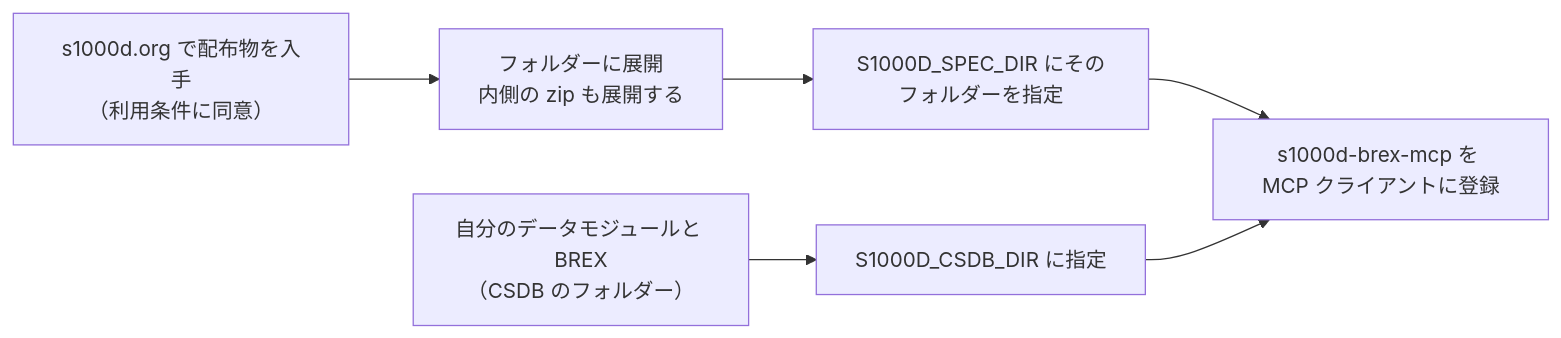
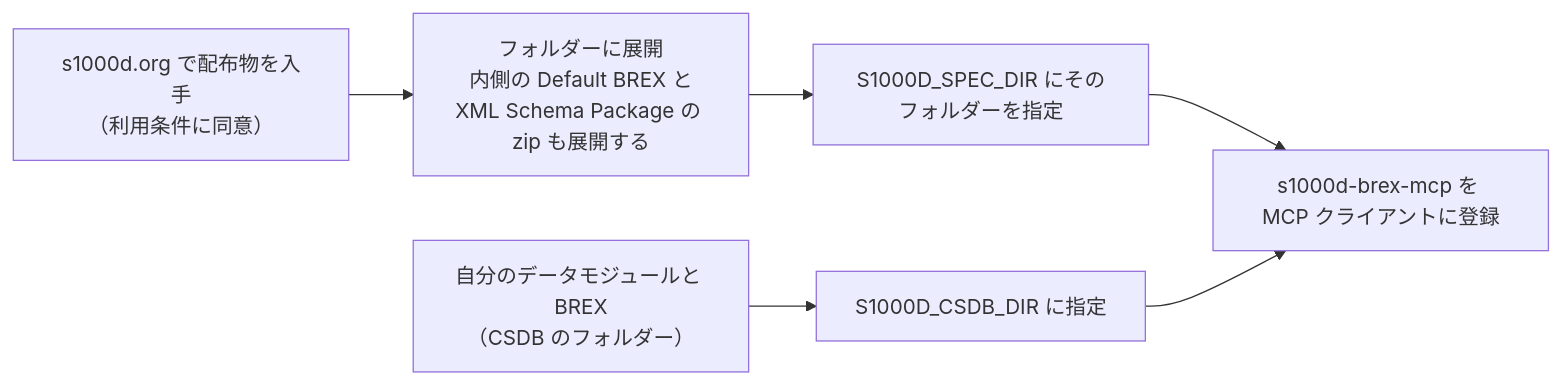
Before and after one commit to shuji-bonji/s1000d-stack: the diagram in site/src/content/docs/ja/guide/getting-started.md, drawn with Mermaid. The commit also changed other lines of this file and 29 other files, not shown here.

````diff
--- a/site/src/content/docs/ja/guide/getting-started.md
+++ b/site/src/content/docs/ja/guide/getting-started.md
@@ -10,8 +10,8 @@
 ```mermaid
 flowchart LR
-  A["s1000d.org で配布物を入手<br/>（利用条件に同意）"] --> B["フォルダーに展開<br/>内側の zip も展開する"]
+  A["s1000d.org で配布物を入手<br/>（利用条件に同意）"] --> B["フォルダーに展開<br/>内側の Default BREX と<br/>XML Schema Package の zip も展開する"]
   B --> C["S1000D_SPEC_DIR にそのフォルダーを指定"]
   D["自分のデータモジュールと BREX<br/>（CSDB のフォルダー）"] --> E["S1000D_CSDB_DIR に指定"]
   C --> F["s1000d-brex-mcp を MCP クライアントに登録"]
   E --> F
 ```
````
